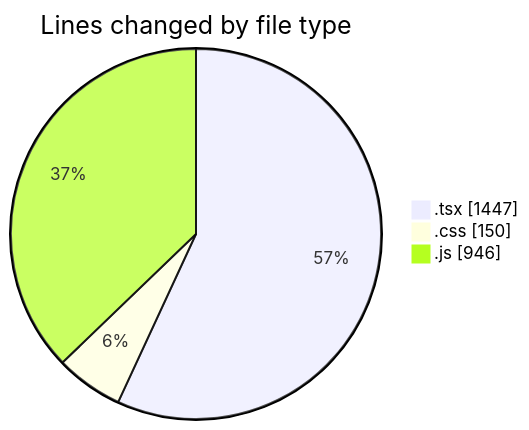
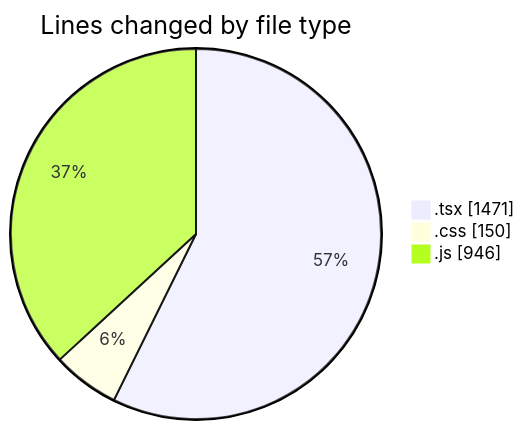
One commit to Elitesun/code-tracking changed the first of 2 diagrams in 2025-04-22/indesign/README.md. Above: the diagram before and after it, drawn with Mermaid. The commit also changed other lines of this file and 1 other file, not shown here.

````diff
--- a/2025-04-22/indesign/README.md
+++ b/2025-04-22/indesign/README.md
@@ -34,7 +34,7 @@
 ```mermaid
 pie showData
 title Lines changed by file type
-".tsx" : 1447
+".tsx" : 1471
 ".css" : 150
 ".js" : 946
 ```
````
